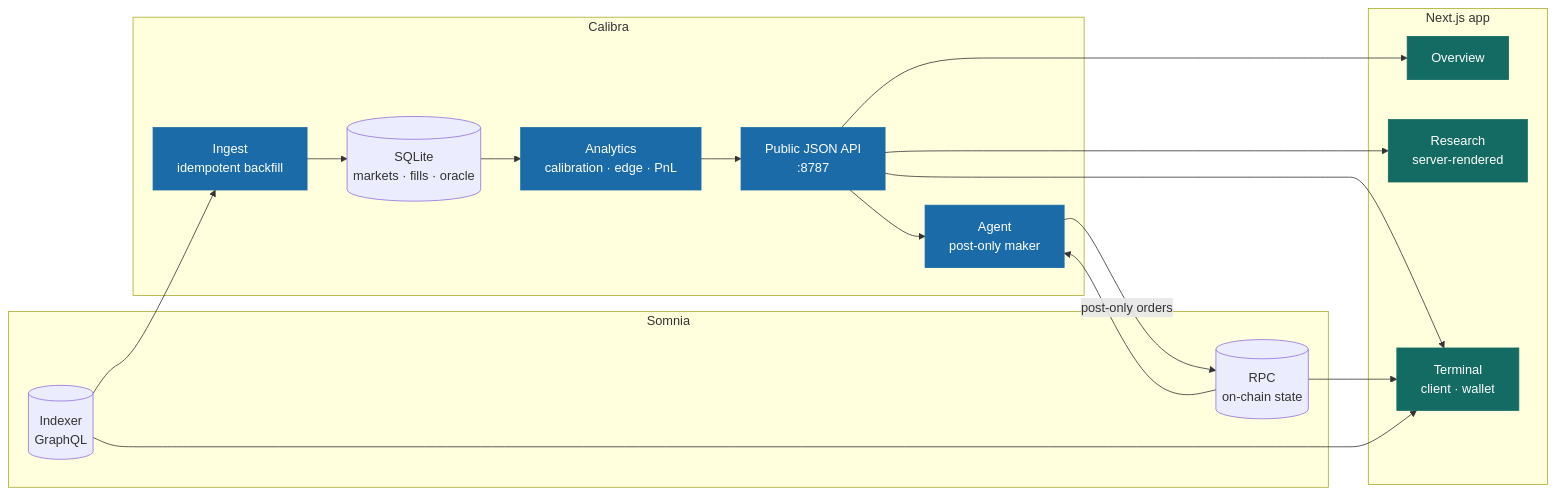
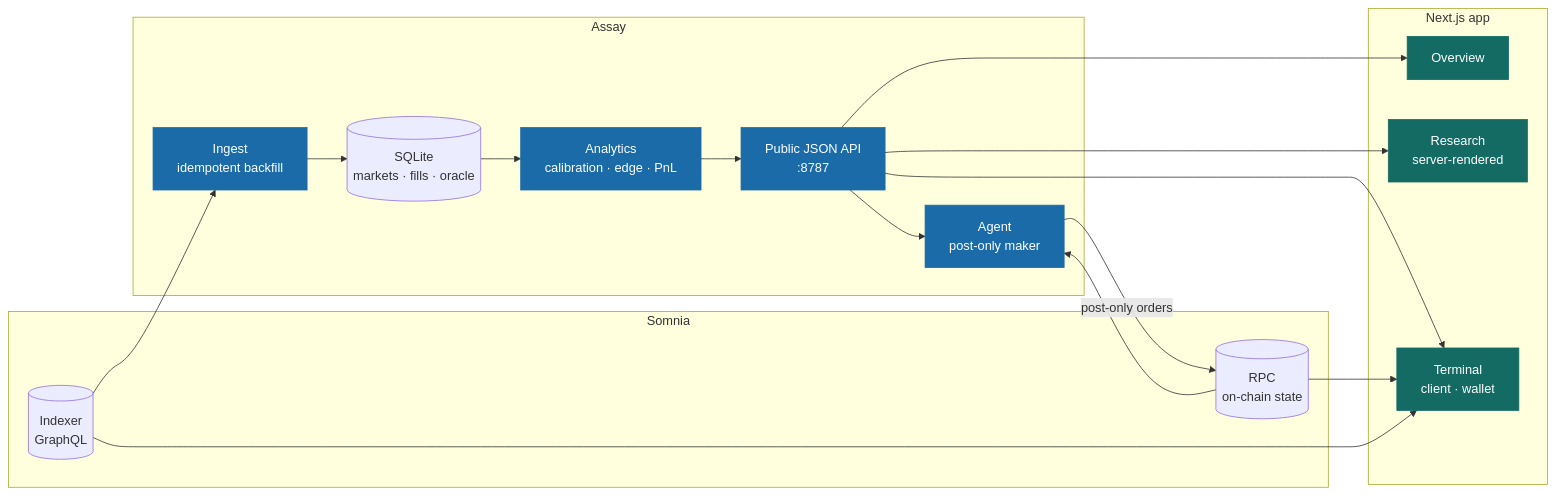
The first of 4 diagrams in README.md (tejassinghbhati/naqd), drawn with Mermaid before and after one commit. The commit also changed other lines of this file and 42 other files, not shown here.

````diff
--- a/README.md
+++ b/README.md
@@ -90,36 +94,36 @@
 ```mermaid
 flowchart LR
   subgraph chain["Somnia"]
     IDX[("Indexer<br/>GraphQL")]
     RPC[("RPC<br/>on-chain state")]
   end
 
-  subgraph calibra["Calibra"]
+  subgraph assay["Assay"]
     ING["Ingest<br/>idempotent backfill"]
     DB[("SQLite<br/>markets · fills · oracle")]
     AN["Analytics<br/>calibration · edge · PnL"]
     API["Public JSON API<br/>:8787"]
     AG["Agent<br/>post-only maker"]
   end
 
   subgraph out["Next.js app"]
     HOME["Overview"]
     RES["Research<br/>server-rendered"]
     UI["Terminal<br/>client · wallet"]
   end
 
   IDX --> ING --> DB --> AN --> API
   API --> HOME
   API --> RES
   API --> UI
   API --> AG
   IDX --> UI
   RPC --> UI
   RPC --> AG
   AG -->|"post-only orders"| RPC
 
   classDef c fill:#1a6ba8,stroke:#1a6ba8,color:#fff
   classDef d fill:#146b63,stroke:#146b63,color:#fff
   class ING,AN,API,AG c
   class HOME,RES,UI d
 ```
````
